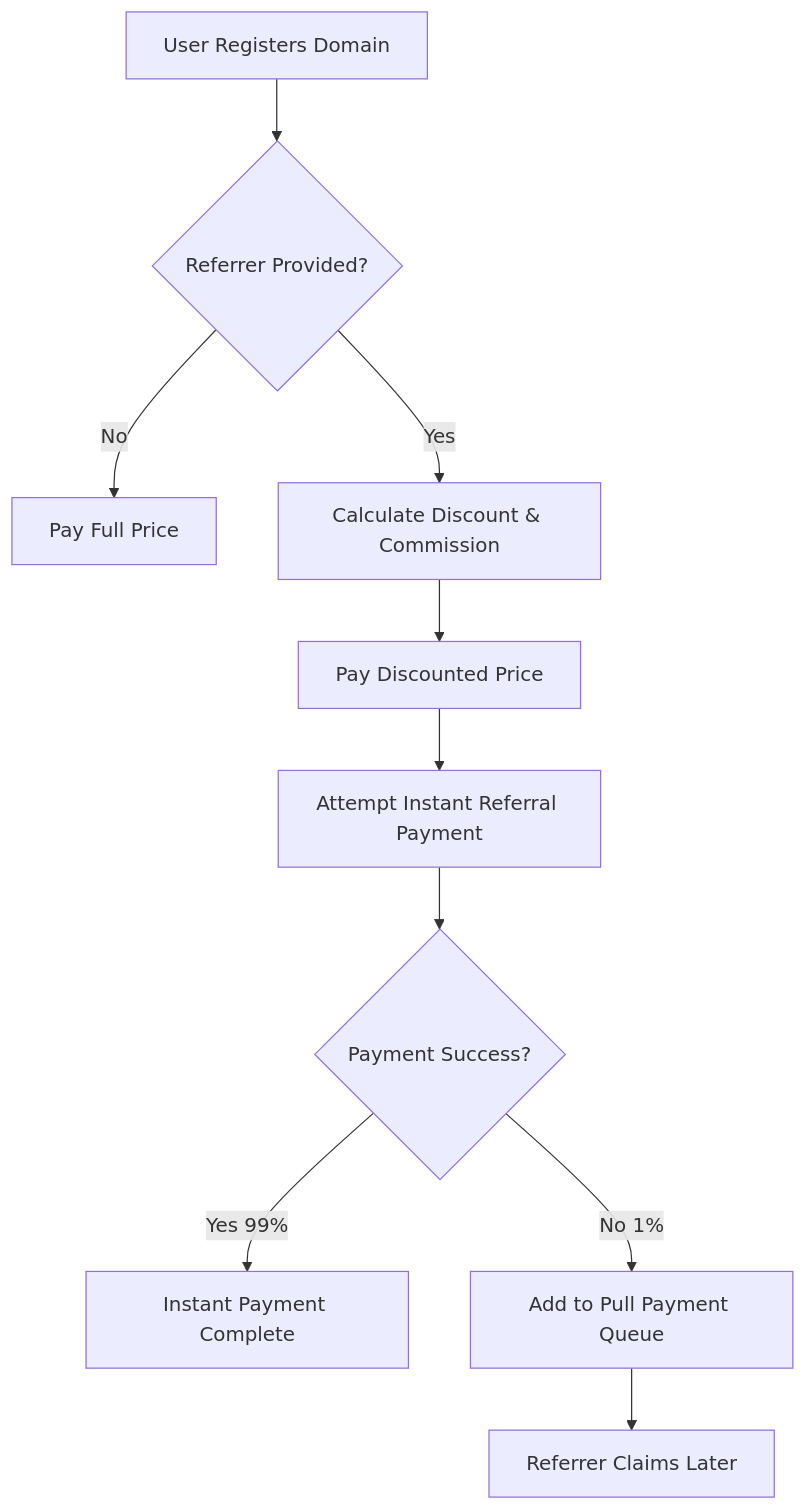
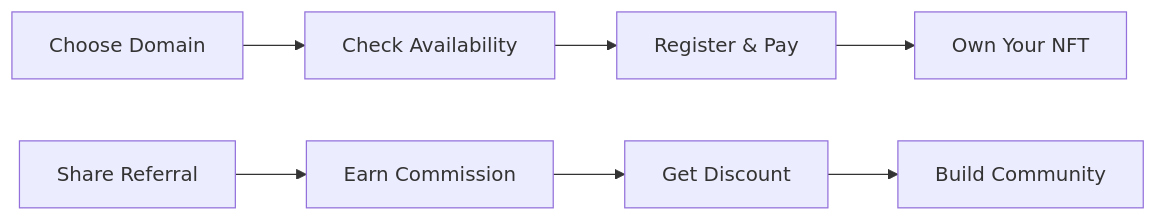
Before and after one commit to infinitynamecom/InfinityName-Contract: the diagram in README.md, drawn with Mermaid. The commit also changed other lines of this file, not shown here.

````diff
--- a/README.md
+++ b/README.md
@@ -509,12 +109,10 @@
 ```mermaid
-graph TD
-    A[User Registers Domain] --> B{Referrer Provided?}
-    B -->|No| C[Pay Full Price]
-    B -->|Yes| D[Calculate Discount & Commission]
-    D --> E[Pay Discounted Price]
-    E --> F[Attempt Instant Referral Payment]
-    F --> G{Payment Success?}
-    G -->|Yes 99%| H[Instant Payment Complete]
-    G -->|No 1%| I[Add to Pull Payment Queue]
-    I --> J[Referrer Claims Later]
+graph LR
+    A[Choose Domain] --> B[Check Availability]
+    B --> C[Register & Pay]
+    C --> D[Own Your NFT]
+    
+    E[Share Referral] --> F[Earn Commission]
+    F --> G[Get Discount]
+    G --> H[Build Community]
 ```
````
